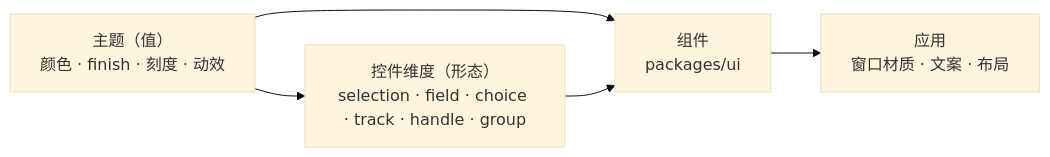
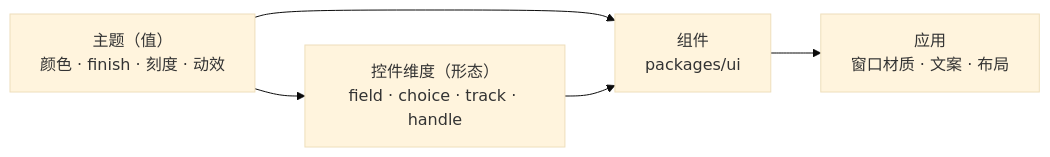
Before and after one commit to 7u4/shadcn-nsh: the diagram in docs/theme-design.md, drawn with Mermaid (base theme). The commit also changed other lines of this file and 195 other files, not shown here.

````diff
--- a/docs/theme-design.md
+++ b/docs/theme-design.md
@@ -25,7 +25,7 @@
 ```mermaid
 flowchart LR
-  T["主题（值）<br/>颜色 · finish · 刻度 · 动效"] --> P["控件维度（形态）<br/>selection · field · choice · track · handle · group"]
+  T["主题（值）<br/>颜色 · finish · 刻度 · 动效"] --> P["控件维度（形态）<br/>field · choice · track · handle"]
   T --> C["组件<br/>packages/ui"]
   P --> C
   C --> A["应用<br/>窗口材质 · 文案 · 布局"]
 ```
````
